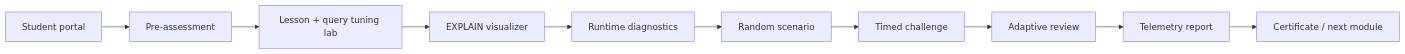
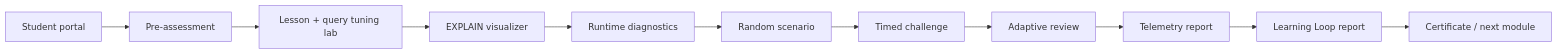
The diagram in docs/lessons/01-greenplum/academy-v2.md (PaulKov/de-mentor), drawn with Mermaid before and after one commit. The commit also changed other lines of this file and 13 other files, not shown here.

Commit message:
Add Greenplum learning loop report

````diff
--- a/docs/lessons/01-greenplum/academy-v2.md
+++ b/docs/lessons/01-greenplum/academy-v2.md
@@ -7,12 +7,13 @@
 ```mermaid
 flowchart LR
     A["Student portal"] --> B["Pre-assessment"]
     B --> C["Lesson + query tuning lab"]
     C --> D["EXPLAIN visualizer"]
     D --> E["Runtime diagnostics"]
     E --> F["Random scenario"]
     F --> G["Timed challenge"]
     G --> H["Adaptive review"]
     H --> I["Telemetry report"]
-    I --> J["Certificate / next module"]
+    I --> J["Learning Loop report"]
+    J --> K["Certificate / next module"]
 ```
````
